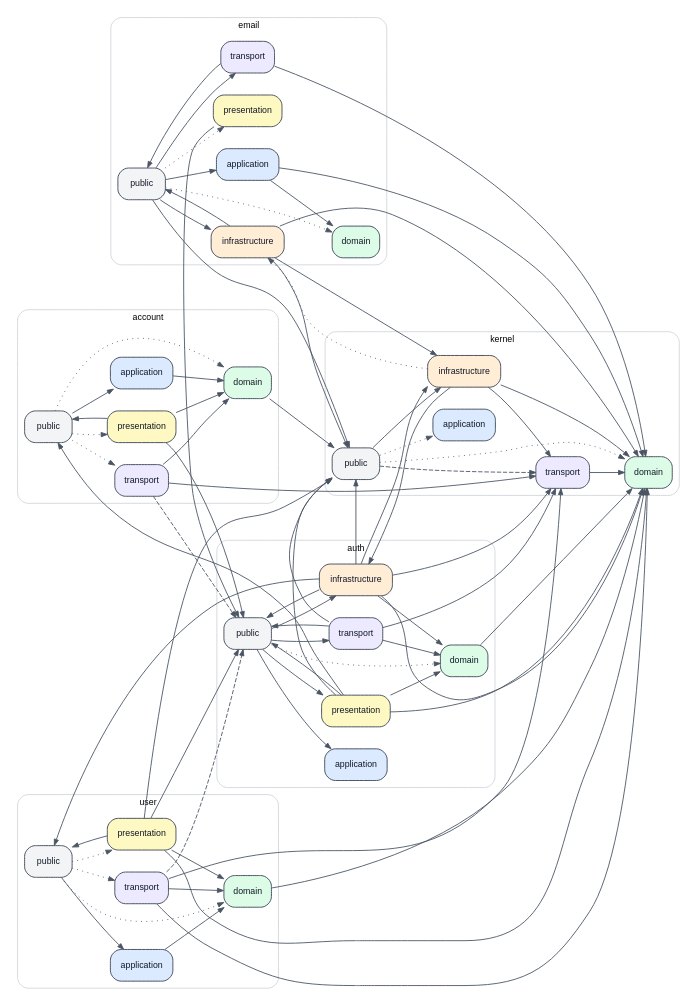
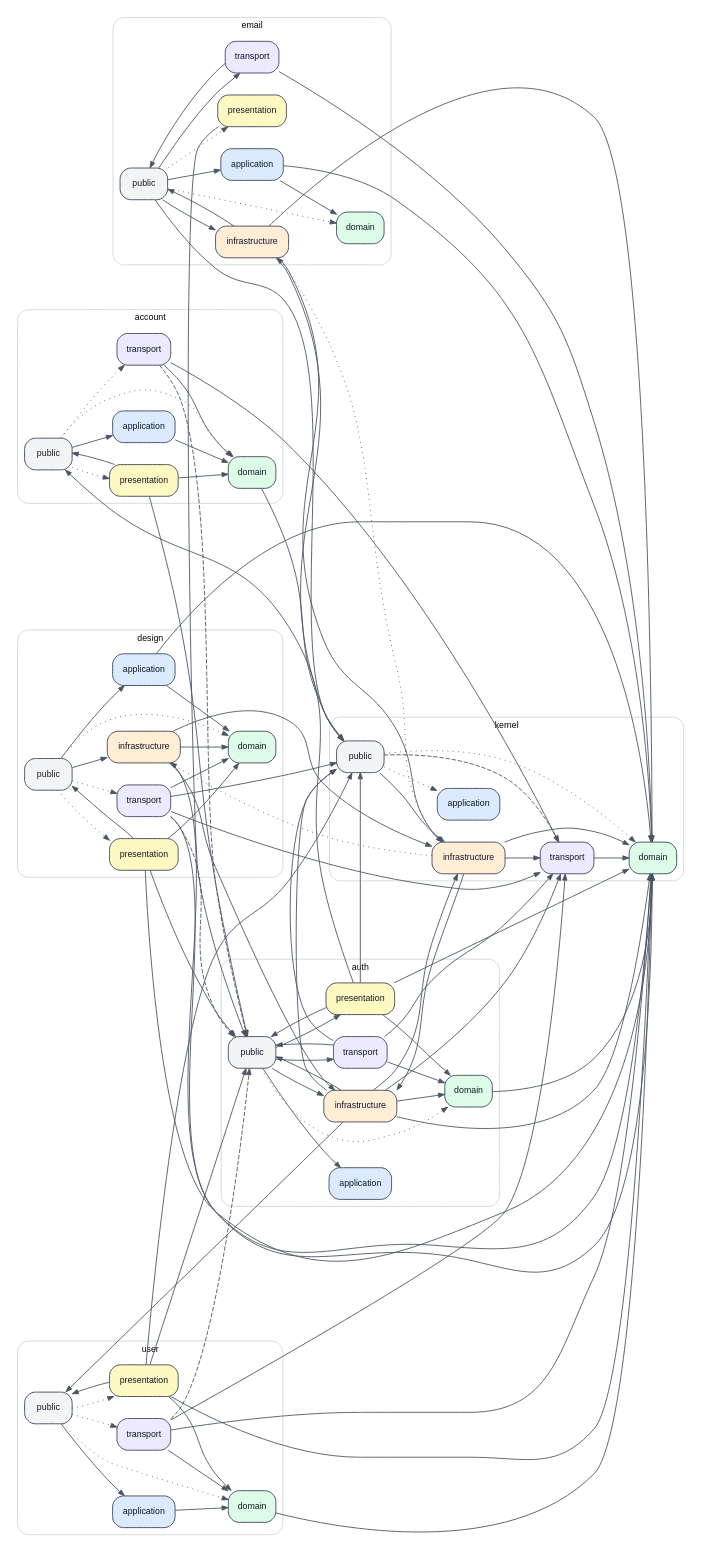
The diagram in docs/architecture/module-layer-dependencies.dot (hbmartin/selective-designer), drawn with Graphviz before and after one commit. The commit also changed 86 other files, not shown here.

```diff
--- a/docs/architecture/module-layer-dependencies.dot
+++ b/docs/architecture/module-layer-dependencies.dot
@@ -1,136 +1,169 @@
 digraph ModuleLayerDependencies {
   graph [rankdir="LR", compound="true", fontname="Helvetica", fontsize="10", nodesep="0.35", ranksep="0.55"];
   node [shape="box", style="rounded,filled", fontname="Helvetica", fontsize="10", color="#374151", fontcolor="#111827"];
   edge [arrowsize="0.7", color="#4b5563", fontname="Helvetica", fontsize="9"];
 
   subgraph cluster_account {
     label="account";
     color="#d1d5db";
     style="rounded";
     "account/public" [label="public", fillcolor="#f3f4f6"];
     "account/application" [label="application", fillcolor="#dbeafe"];
     "account/domain" [label="domain", fillcolor="#dcfce7"];
     "account/presentation" [label="presentation", fillcolor="#fef9c3"];
     "account/transport" [label="transport", fillcolor="#ede9fe"];
   }
 
   subgraph cluster_auth {
     label="auth";
     color="#d1d5db";
     style="rounded";
     "auth/public" [label="public", fillcolor="#f3f4f6"];
     "auth/application" [label="application", fillcolor="#dbeafe"];
     "auth/domain" [label="domain", fillcolor="#dcfce7"];
     "auth/infrastructure" [label="infrastructure", fillcolor="#ffedd5"];
     "auth/presentation" [label="presentation", fillcolor="#fef9c3"];
     "auth/transport" [label="transport", fillcolor="#ede9fe"];
+  }
+
+  subgraph cluster_design {
+    label="design";
+    color="#d1d5db";
+    style="rounded";
+    "design/public" [label="public", fillcolor="#f3f4f6"];
+    "design/application" [label="application", fillcolor="#dbeafe"];
+    "design/domain" [label="domain", fillcolor="#dcfce7"];
+    "design/infrastructure" [label="infrastructure", fillcolor="#ffedd5"];
+    "design/presentation" [label="presentation", fillcolor="#fef9c3"];
+    "design/transport" [label="transport", fillcolor="#ede9fe"];
   }
 
   subgraph cluster_email {
     label="email";
     color="#d1d5db";
     style="rounded";
     "email/public" [label="public", fillcolor="#f3f4f6"];
     "email/application" [label="application", fillcolor="#dbeafe"];
     "email/domain" [label="domain", fillcolor="#dcfce7"];
     "email/infrastructure" [label="infrastructure", fillcolor="#ffedd5"];
     "email/presentation" [label="presentation", fillcolor="#fef9c3"];
     "email/transport" [label="transport", fillcolor="#ede9fe"];
   }
 
   subgraph cluster_kernel {
     label="kernel";
     color="#d1d5db";
     style="rounded";
     "kernel/public" [label="public", fillcolor="#f3f4f6"];
     "kernel/application" [label="application", fillcolor="#dbeafe"];
     "kernel/domain" [label="domain", fillcolor="#dcfce7"];
     "kernel/infrastructure" [label="infrastructure", fillcolor="#ffedd5"];
     "kernel/transport" [label="transport", fillcolor="#ede9fe"];
   }
 
   subgraph cluster_user {
     label="user";
     color="#d1d5db";
     style="rounded";
     "user/public" [label="public", fillcolor="#f3f4f6"];
     "user/application" [label="application", fillcolor="#dbeafe"];
     "user/domain" [label="domain", fillcolor="#dcfce7"];
     "user/presentation" [label="presentation", fillcolor="#fef9c3"];
     "user/transport" [label="transport", fillcolor="#ede9fe"];
   }
 
   "account/application" -> "account/domain" [style="solid"];
   "account/domain" -> "kernel/public" [style="solid"];
   "account/presentation" -> "account/domain" [style="solid"];
   "account/presentation" -> "account/public" [style="solid"];
   "account/presentation" -> "auth/public" [style="solid"];
   "account/public" -> "account/application" [style="solid"];
   "account/public" -> "account/domain" [style="dotted"];
   "account/public" -> "account/presentation" [style="dotted"];
   "account/public" -> "account/transport" [style="dotted"];
   "account/transport" -> "account/domain" [style="solid"];
   "account/transport" -> "auth/public" [style="dashed"];
   "account/transport" -> "kernel/transport" [style="solid"];
   "auth/domain" -> "kernel/domain" [style="solid"];
   "auth/infrastructure" -> "auth/domain" [style="solid"];
   "auth/infrastructure" -> "auth/public" [style="solid"];
   "auth/infrastructure" -> "kernel/domain" [style="solid"];
   "auth/infrastructure" -> "kernel/infrastructure" [style="solid"];
   "auth/infrastructure" -> "kernel/public" [style="solid"];
   "auth/infrastructure" -> "kernel/transport" [style="solid"];
   "auth/infrastructure" -> "user/public" [style="solid"];
   "auth/presentation" -> "account/public" [style="solid"];
   "auth/presentation" -> "auth/domain" [style="solid"];
   "auth/presentation" -> "auth/public" [style="solid"];
   "auth/presentation" -> "kernel/domain" [style="solid"];
   "auth/presentation" -> "kernel/public" [style="solid"];
   "auth/public" -> "auth/application" [style="solid"];
   "auth/public" -> "auth/domain" [style="dotted"];
   "auth/public" -> "auth/infrastructure" [style="solid"];
   "auth/public" -> "auth/presentation" [style="solid"];
   "auth/public" -> "auth/transport" [style="solid"];
   "auth/transport" -> "auth/domain" [style="solid"];
   "auth/transport" -> "auth/public" [style="solid"];
   "auth/transport" -> "kernel/public" [style="solid"];
   "auth/transport" -> "kernel/transport" [style="solid"];
+  "design/application" -> "design/domain" [style="solid"];
+  "design/application" -> "kernel/domain" [style="solid"];
+  "design/infrastructure" -> "auth/infrastructure" [style="solid"];
+  "design/infrastructure" -> "design/domain" [style="solid"];
+  "design/infrastructure" -> "kernel/domain" [style="solid"];
+  "design/infrastructure" -> "kernel/infrastructure" [style="solid"];
+  "design/presentation" -> "auth/public" [style="solid"];
+  "design/presentation" -> "design/domain" [style="solid"];
+  "design/presentation" -> "design/public" [style="solid"];
+  "design/presentation" -> "kernel/domain" [style="solid"];
+  "design/public" -> "design/application" [style="solid"];
+  "design/public" -> "design/domain" [style="dotted"];
+  "design/public" -> "design/infrastructure" [style="solid"];
+  "design/public" -> "design/presentation" [style="dotted"];
+  "design/public" -> "design/transport" [style="dotted"];
+  "design/transport" -> "auth/public" [style="dashed"];
+  "design/transport" -> "design/domain" [style="solid"];
+  "design/transport" -> "kernel/domain" [style="solid"];
+  "design/transport" -> "kernel/public" [style="solid"];
+  "design/transport" -> "kernel/transport" [style="solid"];
   "email/application" -> "email/domain" [style="solid"];
   "email/application" -> "kernel/domain" [style="solid"];
   "email/infrastructure" -> "email/public" [style="solid"];
   "email/infrastructure" -> "kernel/domain" [style="solid"];
   "email/infrastructure" -> "kernel/infrastructure" [style="solid"];
   "email/infrastructure" -> "kernel/public" [style="solid"];
   "email/presentation" -> "auth/public" [style="solid"];
   "email/public" -> "email/application" [style="solid"];
   "email/public" -> "email/domain" [style="dotted"];
   "email/public" -> "email/infrastructure" [style="solid"];
   "email/public" -> "email/presentation" [style="dotted"];
   "email/public" -> "email/transport" [style="solid"];
   "email/public" -> "kernel/public" [style="solid"];
   "email/transport" -> "email/public" [style="solid"];
   "email/transport" -> "kernel/domain" [style="solid"];
   "kernel/infrastructure" -> "auth/infrastructure" [style="solid"];
+  "kernel/infrastructure" -> "design/infrastructure" [style="dotted"];
   "kernel/infrastructure" -> "email/infrastructure" [style="dotted"];
   "kernel/infrastructure" -> "kernel/domain" [style="solid"];
   "kernel/infrastructure" -> "kernel/transport" [style="solid"];
   "kernel/public" -> "kernel/application" [style="dotted"];
   "kernel/public" -> "kernel/domain" [style="dotted"];
   "kernel/public" -> "kernel/infrastructure" [style="solid"];
   "kernel/public" -> "kernel/transport" [style="dashed"];
   "kernel/transport" -> "kernel/domain" [style="solid"];
   "user/application" -> "user/domain" [style="solid"];
   "user/domain" -> "kernel/domain" [style="solid"];
   "user/presentation" -> "auth/public" [style="solid"];
   "user/presentation" -> "kernel/domain" [style="solid"];
   "user/presentation" -> "kernel/public" [style="solid"];
   "user/presentation" -> "user/domain" [style="solid"];
   "user/presentation" -> "user/public" [style="solid"];
   "user/public" -> "user/application" [style="solid"];
   "user/public" -> "user/domain" [style="dotted"];
   "user/public" -> "user/presentation" [style="dotted"];
   "user/public" -> "user/transport" [style="dotted"];
   "user/transport" -> "auth/public" [style="dashed"];
   "user/transport" -> "kernel/domain" [style="solid"];
   "user/transport" -> "kernel/transport" [style="solid"];
   "user/transport" -> "user/domain" [style="solid"];
 }
```
